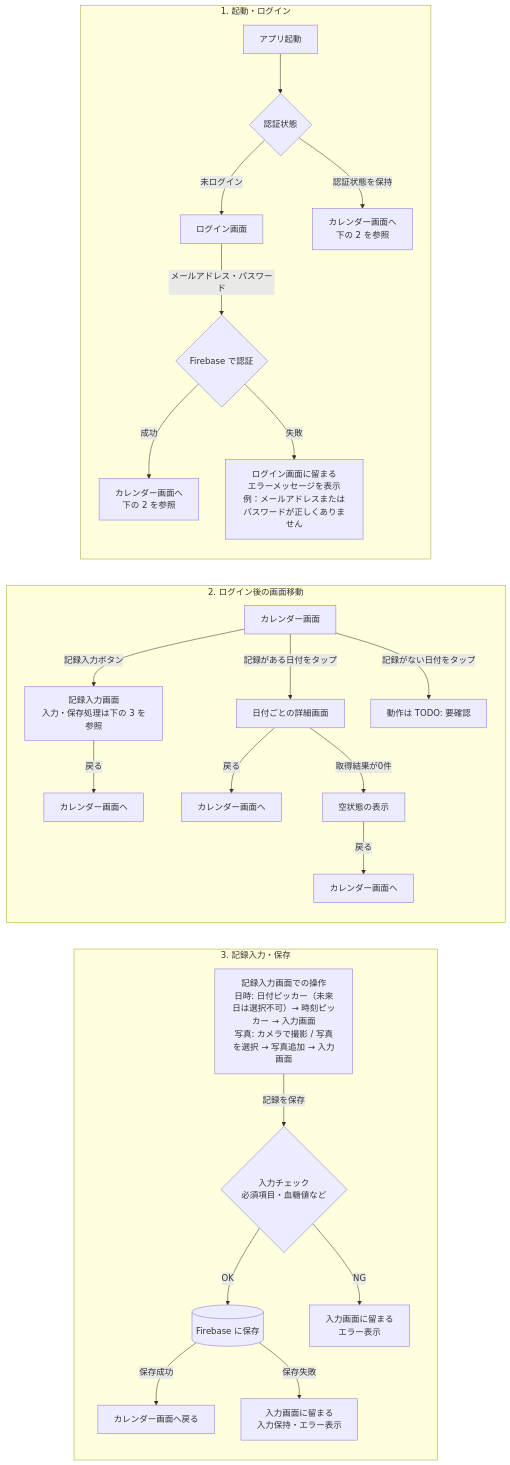
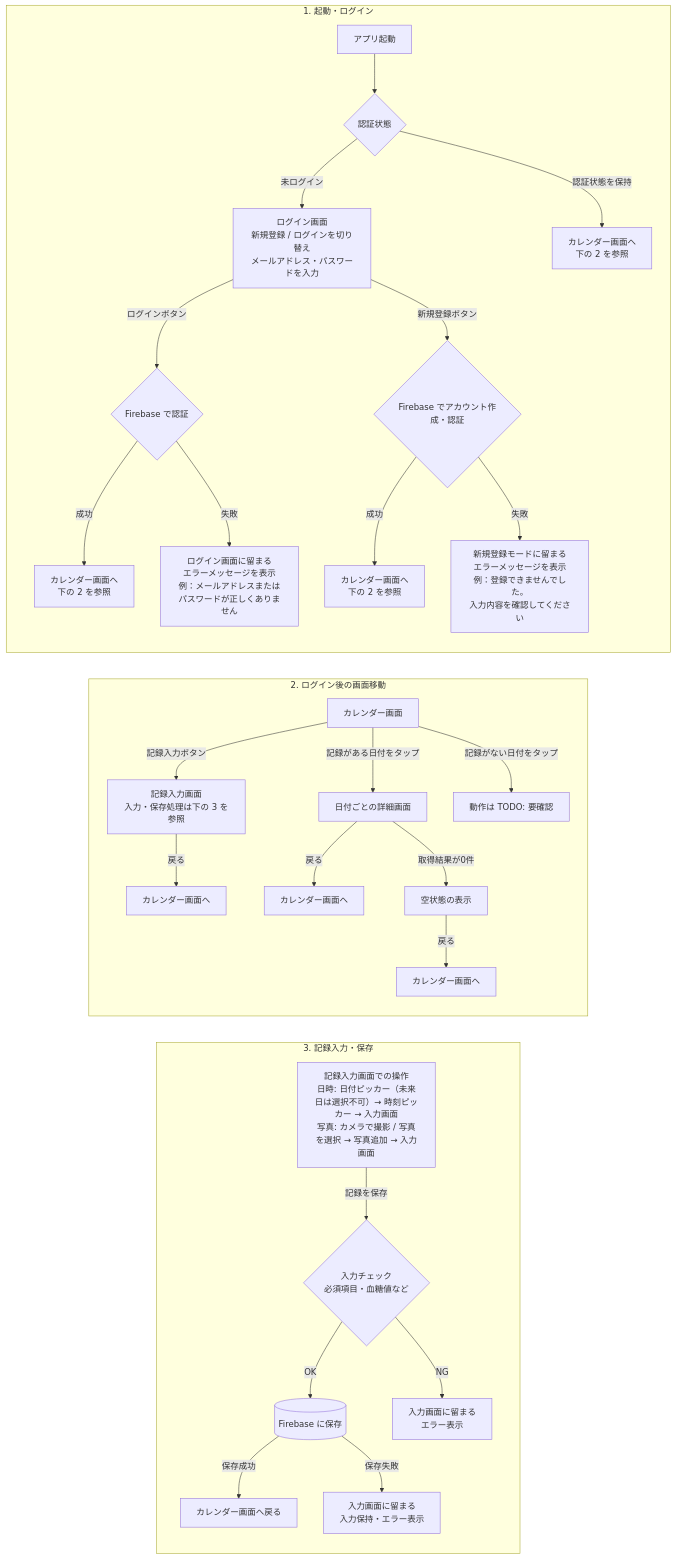
Before and after one commit to mokomokomoko847/health_care_app: the diagram in docs/skills/app-flow/SKILL.md, drawn with Mermaid. The commit also changed other lines of this file and 2 other files, not shown here.

Commit message:
docs: add sign-up and login mode switching

````diff
--- a/docs/skills/app-flow/SKILL.md
+++ b/docs/skills/app-flow/SKILL.md
@@ -37,36 +38,39 @@
 ```mermaid
 flowchart TB
     subgraph AUTH["1. 起動・ログイン"]
         direction TB
         A["アプリ起動"] --> S{"認証状態"}
-        S -->|未ログイン| L["ログイン画面"]
+        S -->|未ログイン| L["ログイン画面<br/>新規登録 / ログインを切り替え<br/>メールアドレス・パスワードを入力"]
         S -->|認証状態を保持| T["カレンダー画面へ<br/>下の 2 を参照"]
-        L -->|メールアドレス・パスワード| LA{"Firebase で認証"}
+        L -->|ログインボタン| LA{"Firebase で認証"}
+        L -->|新規登録ボタン| RA{"Firebase でアカウント作成・認証"}
         LA -->|成功| LC["カレンダー画面へ<br/>下の 2 を参照"]
         LA -->|失敗| LE["ログイン画面に留まる<br/>エラーメッセージを表示<br/>例：メールアドレスまたは<br/>パスワードが正しくありません"]
+        RA -->|成功| RC["カレンダー画面へ<br/>下の 2 を参照"]
+        RA -->|失敗| RE["新規登録モードに留まる<br/>エラーメッセージを表示<br/>例：登録できませんでした。<br/>入力内容を確認してください"]
     end
 
     subgraph NAV["2. ログイン後の画面移動"]
         direction TB
         E["カレンダー画面"] -->|記録入力ボタン| B["記録入力画面<br/>入力・保存処理は下の 3 を参照"]
         E -->|記録がある日付をタップ| F["日付ごとの詳細画面"]
         E -->|記録がない日付をタップ| N["動作は TODO: 要確認"]
         B -->|戻る| BC["カレンダー画面へ"]
         F -->|戻る| FC["カレンダー画面へ"]
         F -->|取得結果が0件| F1["空状態の表示"]
         F1 -->|戻る| F1C["カレンダー画面へ"]
     end
 
     subgraph ENTRY["3. 記録入力・保存"]
         direction TB
         I["記録入力画面での操作<br/>日時: 日付ピッカー（未来日は選択不可）→ 時刻ピッカー → 入力画面<br/>写真: カメラで撮影 / 写真を選択 → 写真追加 → 入力画面"]
         I -->|記録を保存| C{"入力チェック<br/>必須項目・血糖値など"}
         C -->|OK| D[("Firebase に保存")]
         C -->|NG| CE["入力画面に留まる<br/>エラー表示"]
         D -->|保存成功| P["カレンダー画面へ戻る"]
         D -->|保存失敗| DE["入力画面に留まる<br/>入力保持・エラー表示"]
     end
 
     AUTH ~~~ NAV
     NAV ~~~ ENTRY
 ```
````
